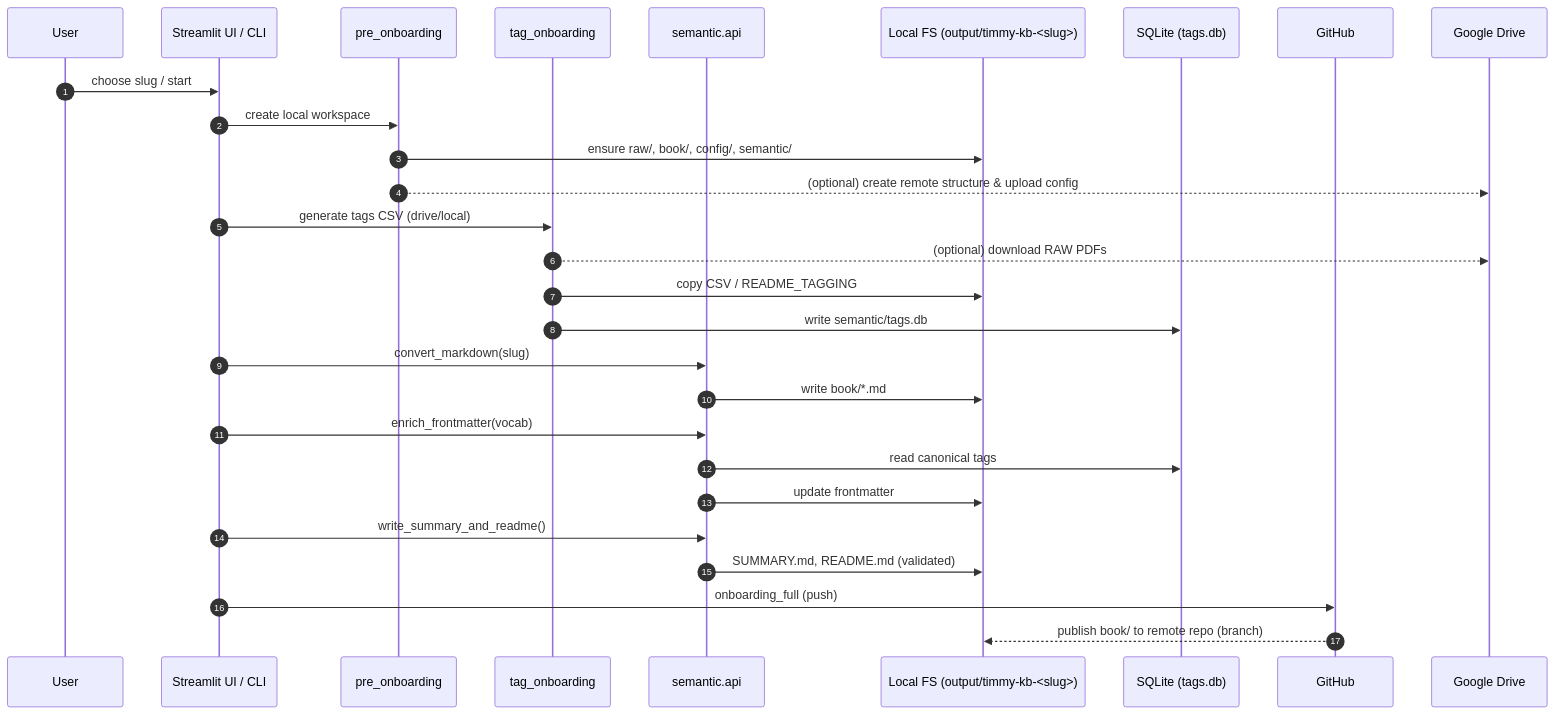
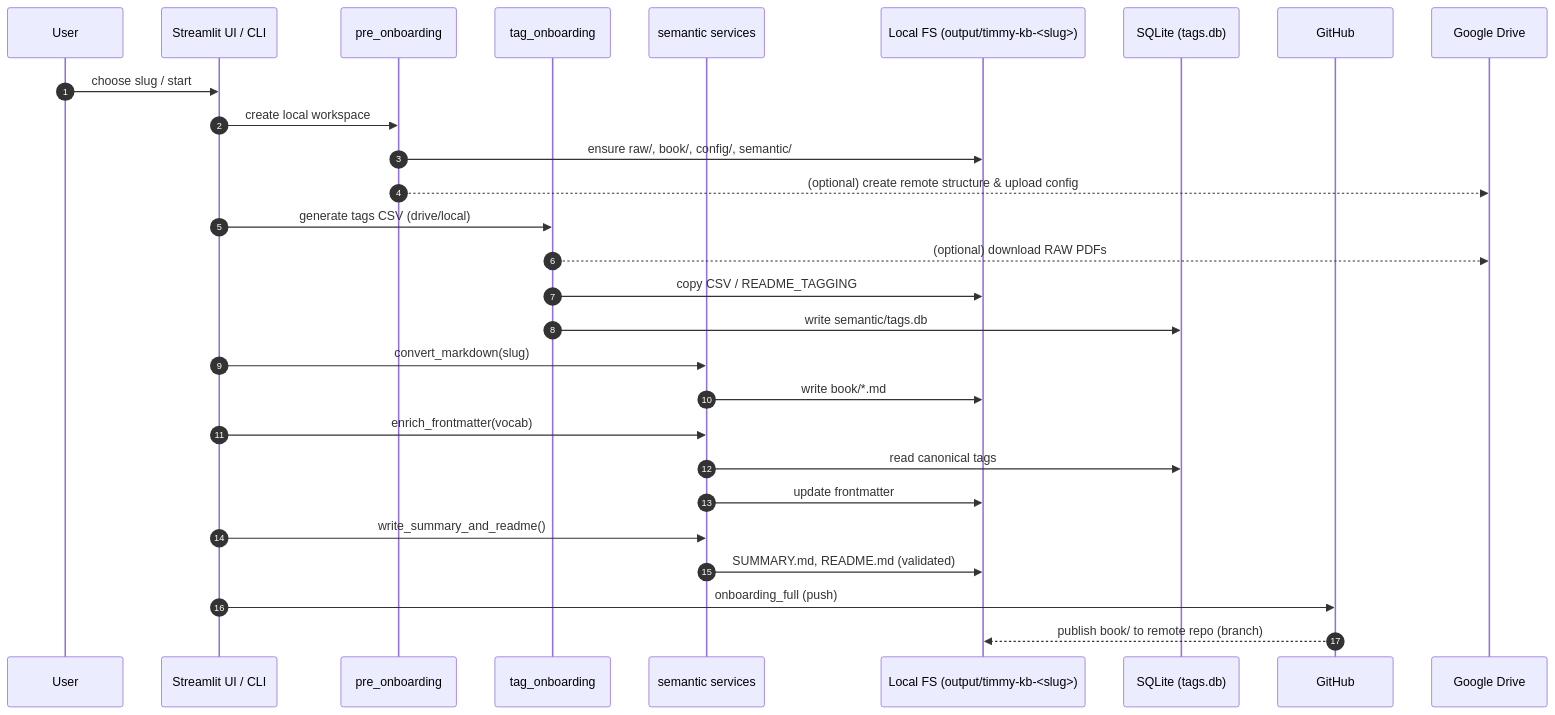
One commit to nextybase/timmy-kb-acme changed the second of 2 diagrams in docs/architecture.md. Above: the diagram before and after it, drawn with Mermaid. The commit also changed other lines of this file and 6 other files, not shown here.

````diff
--- a/docs/architecture.md
+++ b/docs/architecture.md
@@ -86,34 +86,34 @@
 ```mermaid
 sequenceDiagram
     autonumber
     participant User
     participant UI as Streamlit UI / CLI
     participant PRE as pre_onboarding
     participant TAG as tag_onboarding
-    participant SEM as semantic.api
+    participant SEM as semantic services
     participant FS as Local FS (output/timmy-kb-<slug>)
     participant DB as SQLite (tags.db)
     participant GH as GitHub
     participant DRV as Google Drive
 
     User->>UI: choose slug / start
     UI->>PRE: create local workspace
     PRE->>FS: ensure raw/, book/, config/, semantic/
     PRE-->>DRV: (optional) create remote structure & upload config
 
     UI->>TAG: generate tags CSV (drive/local)
     TAG-->>DRV: (optional) download RAW PDFs
     TAG->>FS: copy CSV / README_TAGGING
     TAG->>DB: write semantic/tags.db
 
     UI->>SEM: convert_markdown(slug)
     SEM->>FS: write book/*.md
     UI->>SEM: enrich_frontmatter(vocab)
     SEM->>DB: read canonical tags
     SEM->>FS: update frontmatter
     UI->>SEM: write_summary_and_readme()
     SEM->>FS: SUMMARY.md, README.md (validated)
 
     UI->>GH: onboarding_full (push)
     GH-->>FS: publish book/ to remote repo (branch)
 ```
````
